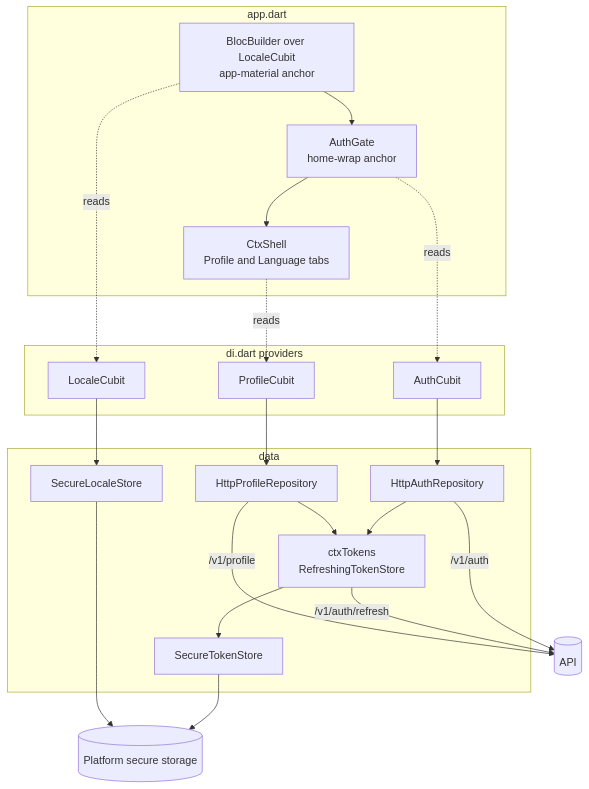
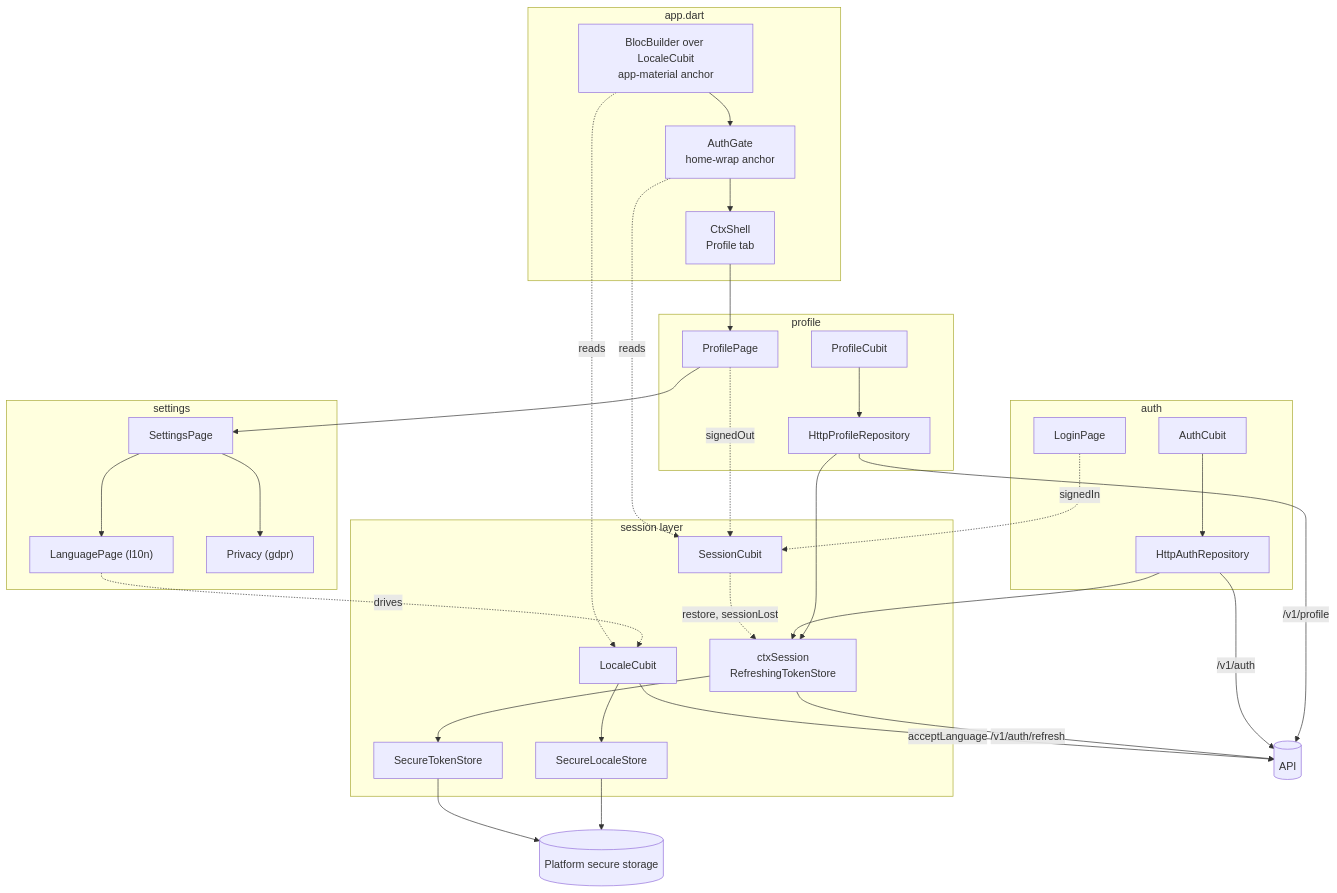
The third of 7 diagrams in docs/architecture/mobile-app.md (gbrandtio/ctx.0), drawn with Mermaid before and after one commit. The commit also changed other lines of this file and 70 other files, not shown here.

Commit message:
Fixing architecture, updating documentation, fixing naming conventions

````diff
--- a/docs/architecture/mobile-app.md
+++ b/docs/architecture/mobile-app.md
@@ -200,35 +271,51 @@
 ```mermaid
 flowchart TB
     subgraph shell["app.dart"]
         gate["AuthGate<br/>home-wrap anchor"]
         loc["BlocBuilder over LocaleCubit<br/>app-material anchor"]
-        nav["CtxShell<br/>Profile and Language tabs"]
+        nav["CtxShell<br/>Profile tab"]
     end
-    subgraph di["di.dart providers"]
-        ac["AuthCubit"]
+    subgraph session["session layer"]
+        sc["SessionCubit"]
         lc["LocaleCubit"]
+        cs["ctxSession<br/>RefreshingTokenStore"]
+        sts["SecureTokenStore"]
+        sls["SecureLocaleStore"]
+    end
+    subgraph authf["auth"]
+        acb["AuthCubit"]
+        lp["LoginPage"]
+        ar["HttpAuthRepository"]
+    end
+    subgraph prof["profile"]
         pc["ProfileCubit"]
+        pp["ProfilePage"]
+        pr["HttpProfileRepository"]
     end
-    subgraph data["data"]
-        ar["HttpAuthRepository"]
-        ls["SecureLocaleStore"]
-        pr["HttpProfileRepository"]
-        tok["ctxTokens<br/>RefreshingTokenStore"]
-        sts["SecureTokenStore"]
+    subgraph set["settings"]
+        sp["SettingsPage"]
+        lang["LanguagePage (l10n)"]
+        priv["Privacy (gdpr)"]
     end
     ks[("Platform secure storage")]
     api[("API")]
 
     loc --> gate --> nav
-    gate -.reads.-> ac
+    gate -.reads.-> sc
     loc -.reads.-> lc
-    nav -.reads.-> pc
-    ac --> ar --> tok
-    lc --> ls
-    pc --> pr --> tok
-    tok --> sts --> ks
-    ls --> ks
+    nav --> pp
+    lp -.signedIn.-> sc
+    pp -.signedOut.-> sc
+    pp --> sp --> lang
+    sp --> priv
+    lang -.drives.-> lc
+    sc -.restore, sessionLost.-> cs
+    acb --> ar --> cs
+    pc --> pr --> cs
+    cs --> sts --> ks
+    lc --> sls --> ks
+    lc -->|acceptLanguage| api
     ar -->|/v1/auth| api
-    tok -->|/v1/auth/refresh| api
+    cs -->|/v1/auth/refresh| api
     pr -->|/v1/profile| api
 ```
````
